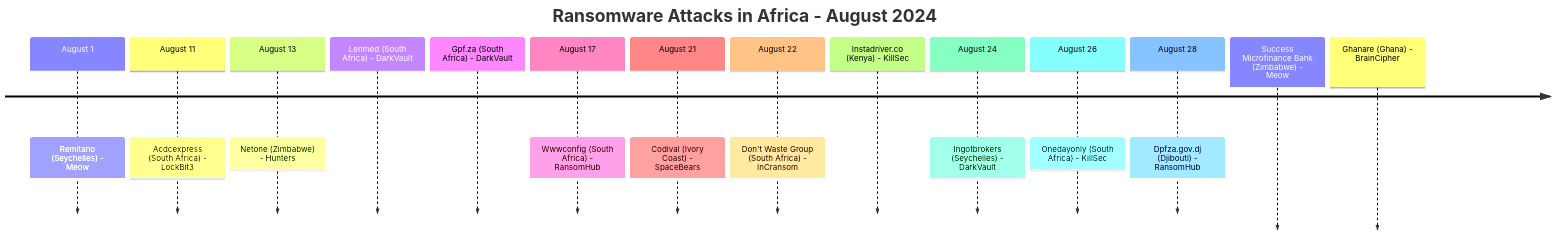
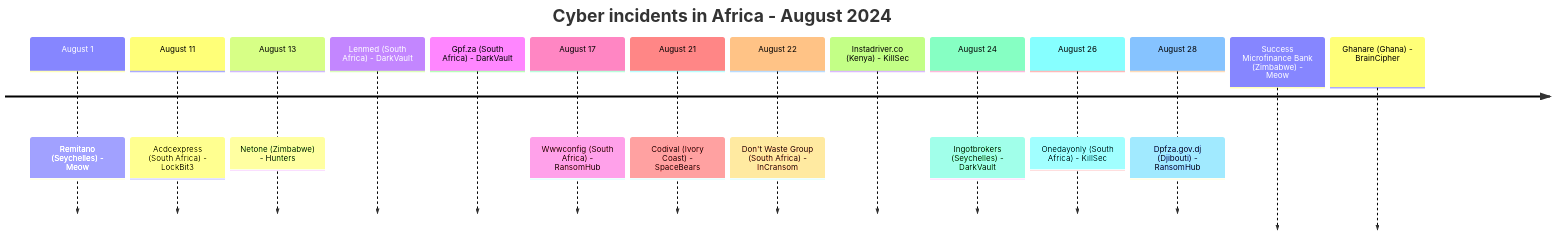
Before and after one commit to Hatchepsoute/AFRINTEL: the first of 5 diagrams in CyberAttackAfrica/2024/08-august/README.md, drawn with Mermaid. The commit also changed other lines of this file and 255 other files, not shown here.

````diff
--- a/CyberAttackAfrica/2024/08-august/README.md
+++ b/CyberAttackAfrica/2024/08-august/README.md
@@ -45,18 +46,18 @@
 ```mermaid
 timeline
-    title Ransomware Attacks in Africa - August 2024
+    title Cyber incidents in Africa - August 2024
     August 1 : Remitano (Seychelles) - Meow
     August 11 : Acdcexpress (South Africa) - LockBit3
     August 13 : Netone (Zimbabwe) - Hunters
                Lenmed (South Africa) - DarkVault
                Gpf.za (South Africa) - DarkVault
     August 17 : Wwwconfig (South Africa) - RansomHub
     August 21 : Codival (Ivory Coast) - SpaceBears
     August 22 : Don't Waste Group (South Africa) - InCransom
                Instadriver.co (Kenya) - KillSec
     August 24 : Ingotbrokers (Seychelles) - DarkVault
     August 26 : Onedayonly (South Africa) - KillSec
     August 28 : Dpfza.gov.dj (Djibouti) - RansomHub
                Success Microfinance Bank (Zimbabwe) - Meow
                Ghanare (Ghana) - BrainCipher
 ```
````
